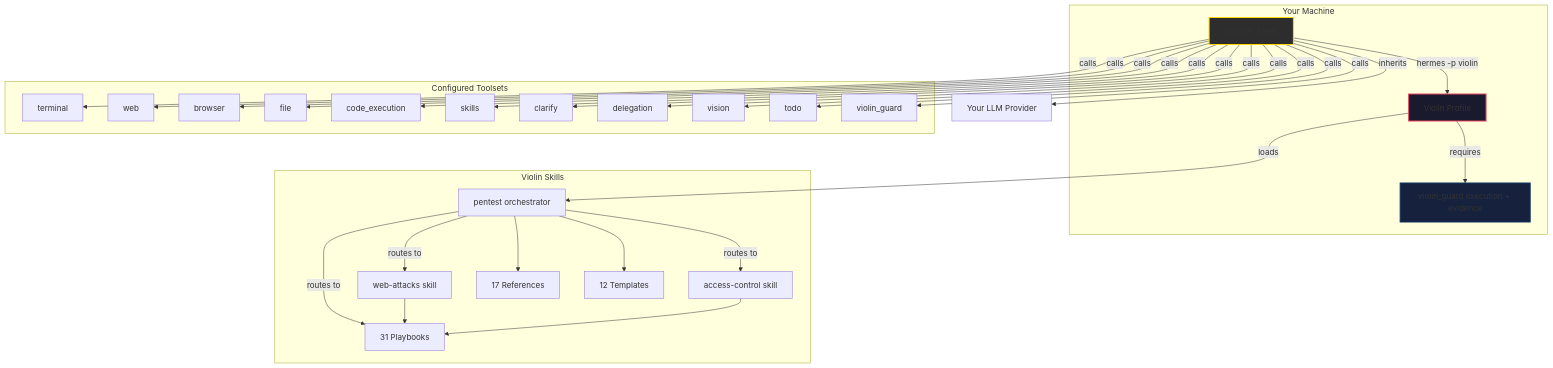
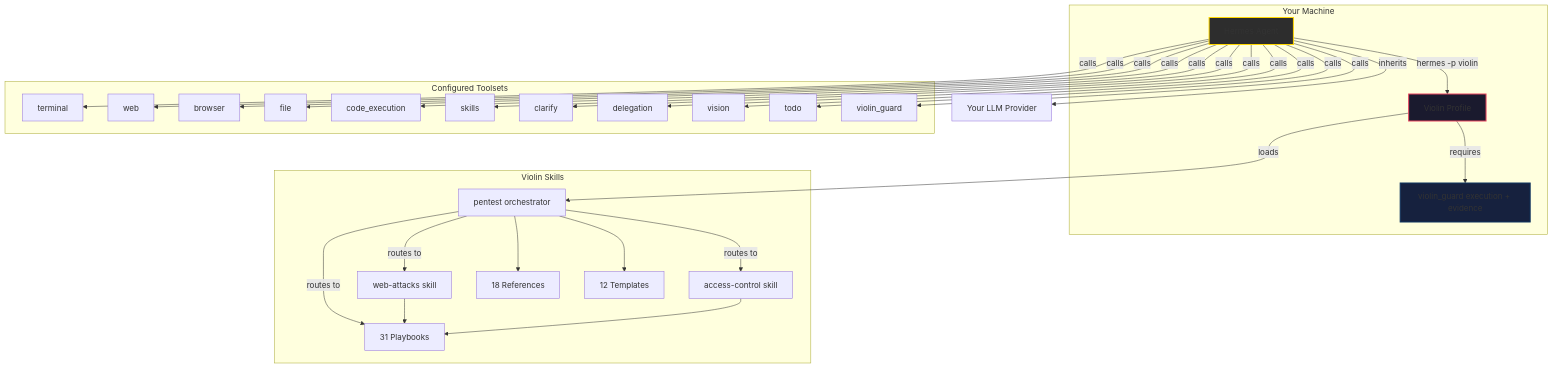
One commit to Strategic-Automation/violin changed the second of 3 diagrams in README.md. Above: the diagram before and after it, drawn with Mermaid. The commit also changed other lines of this file and 9 other files, not shown here.

````diff
--- a/README.md
+++ b/README.md
@@ -112,47 +112,47 @@
 ```mermaid
 graph TB
     subgraph "Your Machine"
         HE["Hermes Agent"]
         VI["Violin Profile"]
         GUARD["violin_guard execution + evidence"]
     end
     
     subgraph "Violin Skills"
         SK["pentest orchestrator"]
         WEB["web-attacks skill"]
         AC["access-control skill"]
         PB["31 Playbooks"]
-        REF["17 References"]
+        REF["18 References"]
         TEMP["12 Templates"]
     end
     
     subgraph "Configured Toolsets"
         T["terminal"]
         W["web"]
         B["browser"]
         F["file"]
         CE["code_execution"]
         S["skills"]
         CL["clarify"]
         D["delegation"]
         V["vision"]
         TD["todo"]
         VG["violin_guard"]
     end
     
     LLM["Your LLM Provider"]
     
     HE -->|"hermes -p violin"| VI
     VI -->|"loads"| SK
     VI -->|"requires"| GUARD
     SK -->|"routes to"| WEB & AC & PB
     WEB --> PB
     AC --> PB
     SK --> REF & TEMP
     HE -->|"calls"| T & W & B & F & CE & S & CL & D & V & TD & VG
     HE -->|"inherits"| LLM
 
     style HE fill:#2d2d2d,stroke:#ffd700,stroke-width:2px
     style VI fill:#1a1a2e,stroke:#e94560,stroke-width:2px
     style GUARD fill:#16213e,stroke:#0f3460,stroke-width:2px
 ```
````
